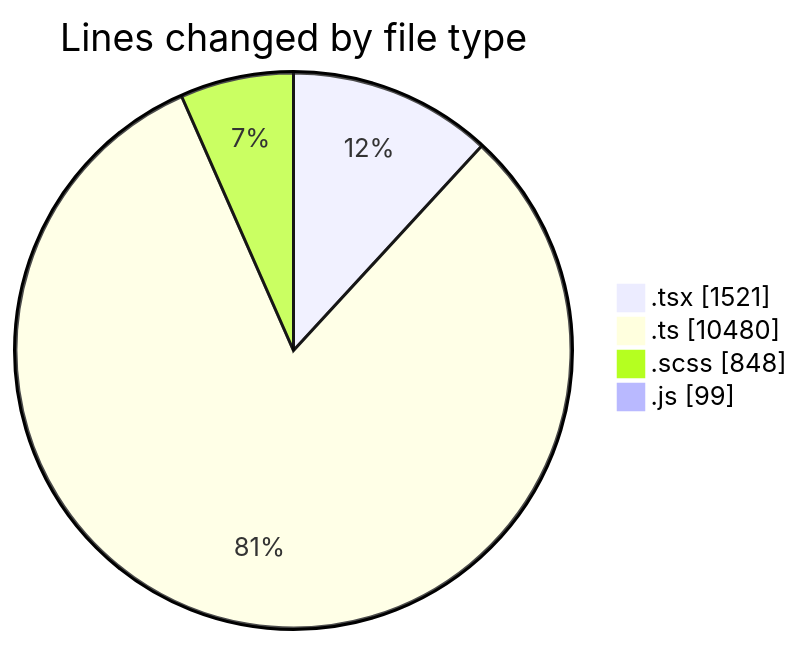
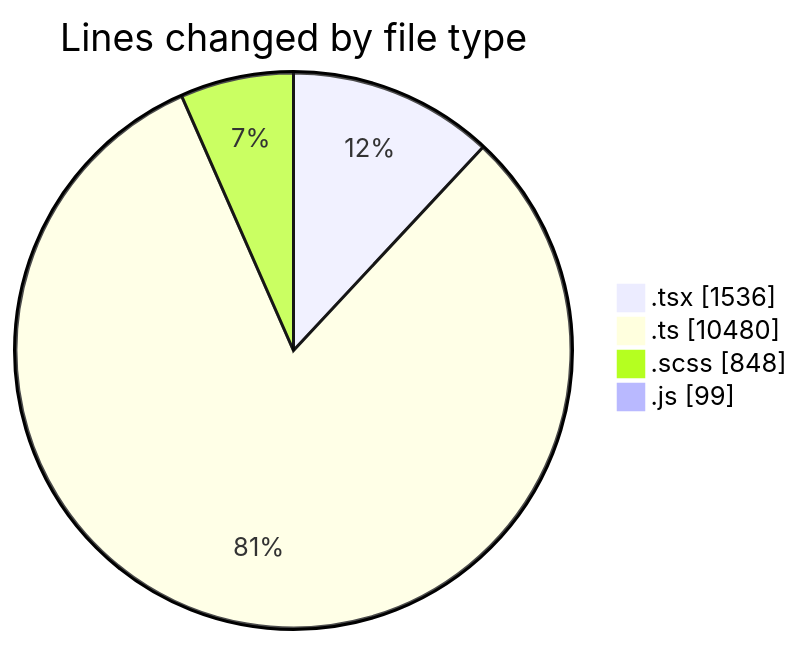
The first of 2 diagrams in 2025-03-26/cda/README.md (momahboobian/code-tracking), drawn with Mermaid before and after one commit. The commit also changed other lines of this file and 1 other file, not shown here.

````diff
--- a/2025-03-26/cda/README.md
+++ b/2025-03-26/cda/README.md
@@ -44,8 +44,8 @@
 ```mermaid
 pie showData
 title Lines changed by file type
-".tsx" : 1521
+".tsx" : 1536
 ".ts" : 10480
 ".scss" : 848
 ".js" : 99
 ```
````
